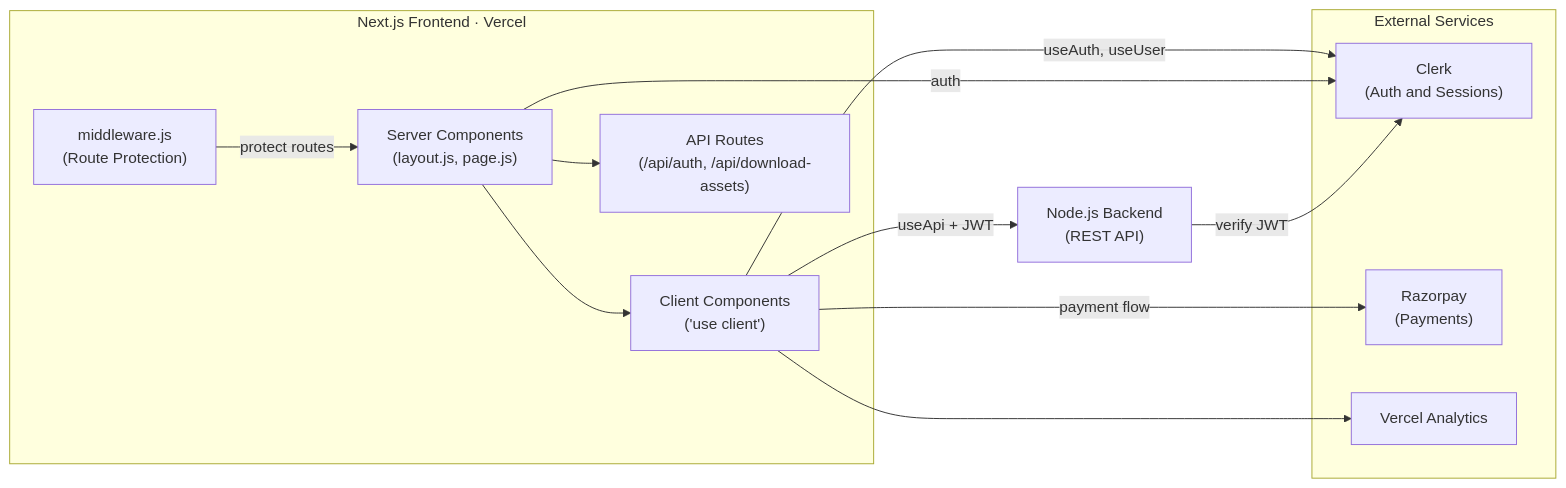
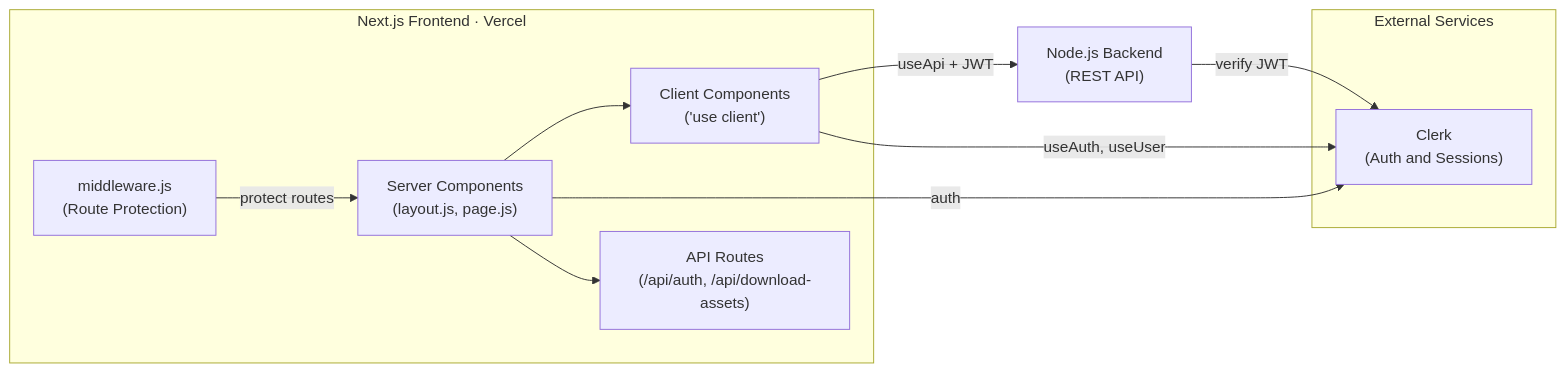
One commit to EnPassant-Chess-Forum-ABESEC/En-Passant-Client changed the diagram in README.md. Above: the diagram before and after it, drawn with Mermaid. The commit also changed other lines of this file, not shown here.

````diff
--- a/README.md
+++ b/README.md
@@ -201,27 +200,23 @@
 ```mermaid
 flowchart LR
     subgraph Client ["Next.js Frontend · Vercel"]
         MW["middleware.js\n(Route Protection)"]
         SC["Server Components\n(layout.js, page.js)"]
         CC["Client Components\n('use client')"]
         API["API Routes\n(/api/auth, /api/download-assets)"]
     end
 
     subgraph Services ["External Services"]
         Clerk["Clerk\n(Auth and Sessions)"]
-        Razorpay["Razorpay\n(Payments)"]
-        VA["Vercel Analytics"]
     end
 
     Backend["Node.js Backend\n(REST API)"]
 
     MW -->|protect routes| SC
     SC --> CC
     CC -->|useApi + JWT| Backend
     CC -->|useAuth, useUser| Clerk
     SC -->|auth| Clerk
-    CC -->|payment flow| Razorpay
     Backend -->|verify JWT| Clerk
     SC --> API
-    CC --> VA
 ```
````
